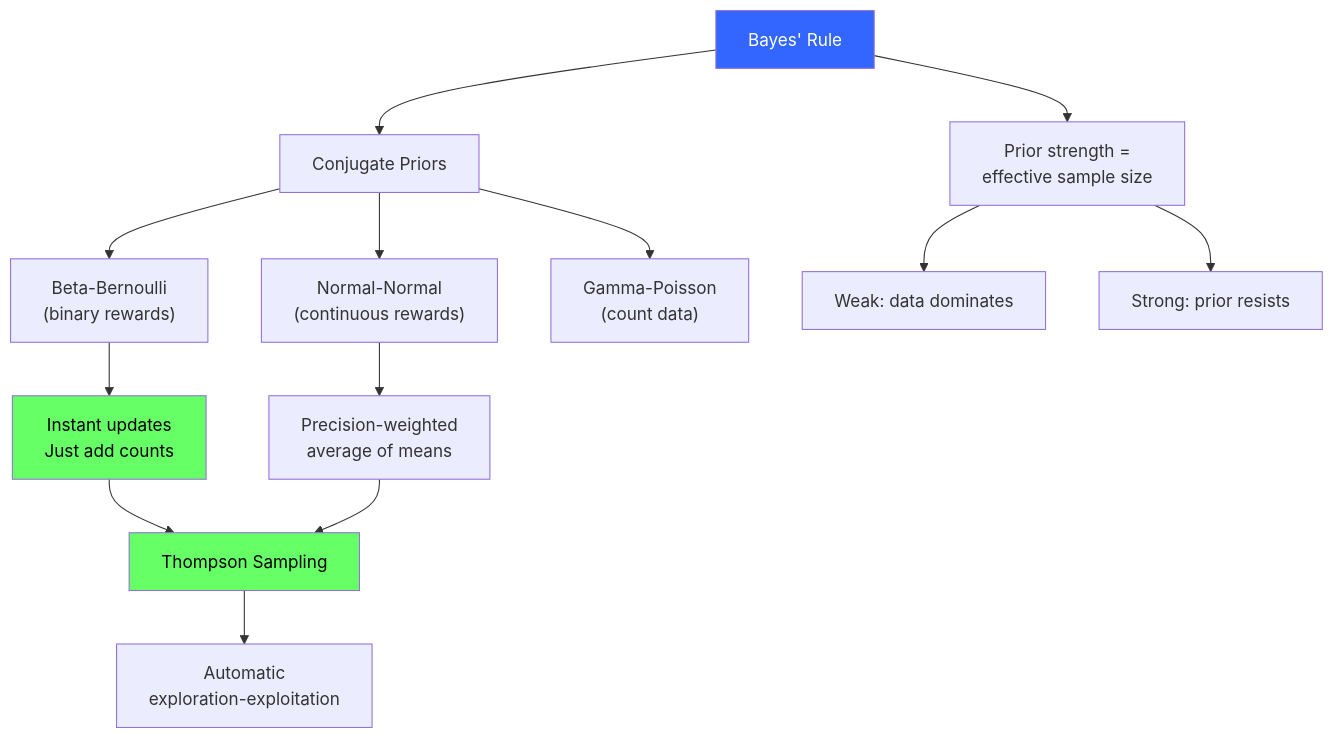
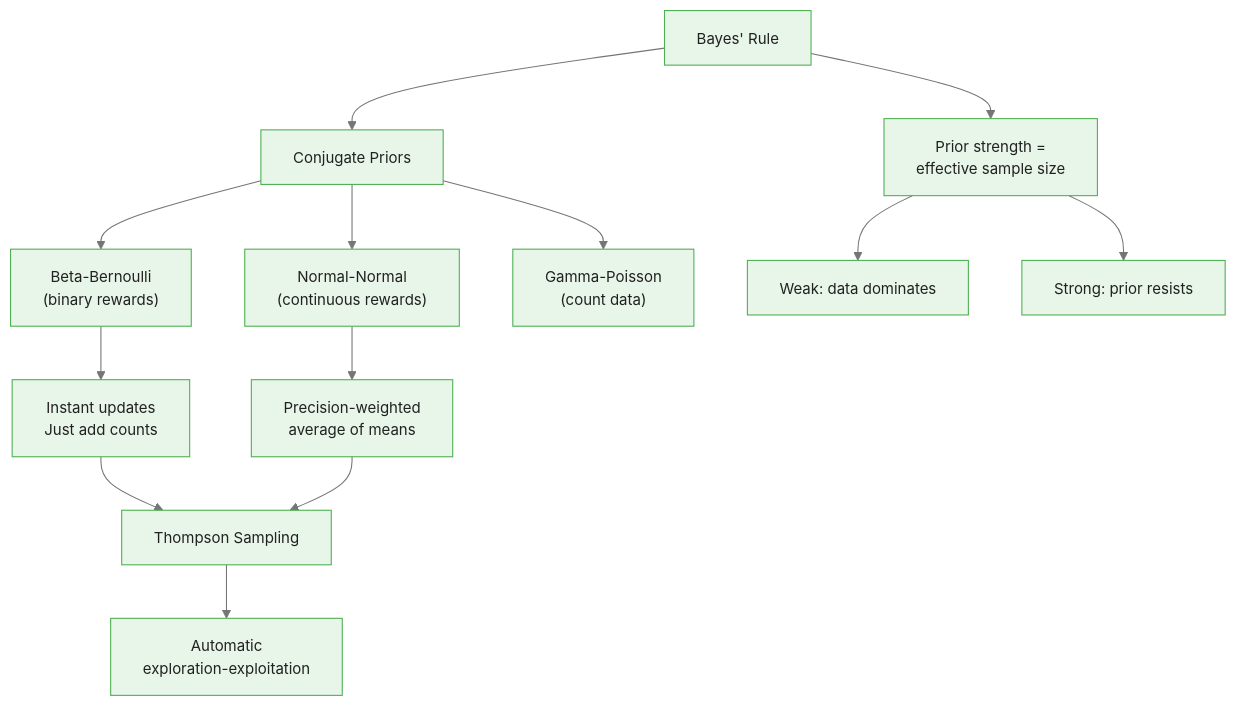
One commit to m-deane/course-creator changed the third of 3 diagrams in courses/multi-armed-bandits-ab-testing/modules/module_02_bayesian_bandits/guides/02_posterior_updating_slides.md. Above: the diagram before and after it, drawn with Mermaid. The commit also changed other lines of this file and 146 other files, not shown here.

````diff
--- a/courses/multi-armed-bandits-ab-testing/modules/module_02_bayesian_bandits/guides/02_posterior_updating_slides.md
+++ b/courses/multi-armed-bandits-ab-testing/modules/module_02_bayesian_bandits/guides/02_posterior_updating_slides.md
@@ -268,23 +312,20 @@
 ```mermaid
+%%{init: {"theme": "base", "themeVariables": {"primaryColor": "#e8f5e9", "primaryBorderColor": "#4caf50", "primaryTextColor": "#212121", "secondaryColor": "#e3f2fd", "tertiaryColor": "#fff8e1", "lineColor": "#757575", "fontFamily": "Inter, sans-serif", "fontSize": "14px"}}}%%
 flowchart TD
     Bayes["Bayes' Rule"] --> Conj["Conjugate Priors"]
     Conj --> BB["Beta-Bernoulli\n(binary rewards)"]
     Conj --> NN["Normal-Normal\n(continuous rewards)"]
     Conj --> GP["Gamma-Poisson\n(count data)"]
 
     BB --> Fast["Instant updates\nJust add counts"]
     NN --> Prec["Precision-weighted\naverage of means"]
 
     Fast --> TS["Thompson Sampling"]
     Prec --> TS
 
     TS --> Auto["Automatic\nexploration-exploitation"]
 
     Bayes --> Strength["Prior strength =\neffective sample size"]
     Strength --> Weak["Weak: data dominates"]
     Strength --> Strong["Strong: prior resists"]
-
-    style Bayes fill:#36f,color:#fff
-    style TS fill:#6f6,color:#000
-    style Fast fill:#6f6,color:#000
 ```
````
